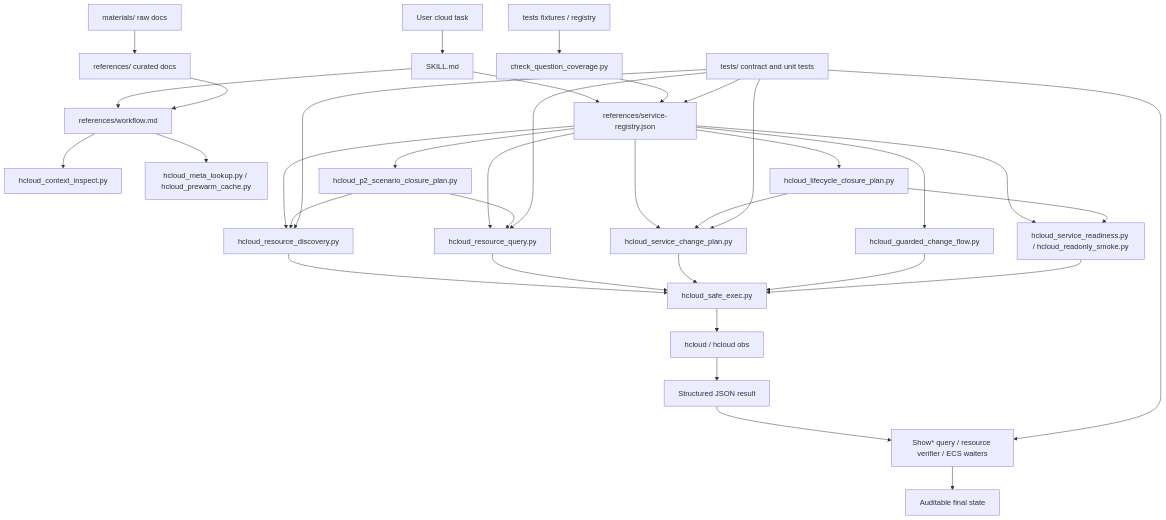
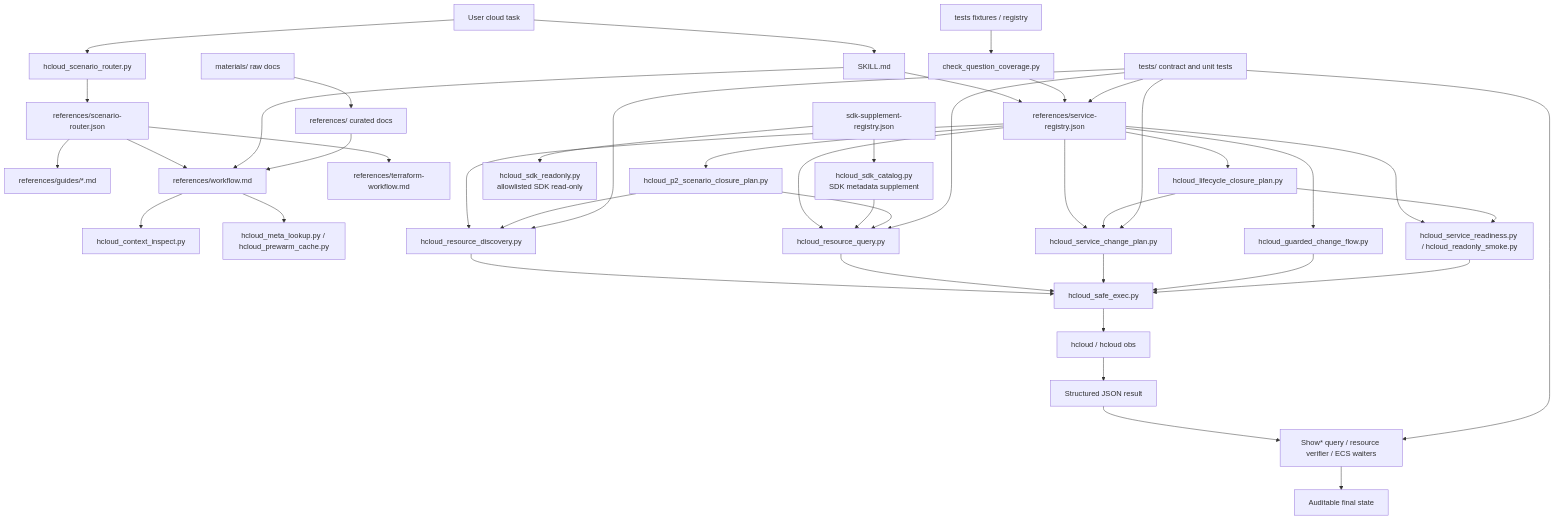
The first of 4 diagrams in docs/architecture.md (pipixia-labs/huaweicloud-skill), drawn with Mermaid before and after one commit. The commit also changed other lines of this file and 30 other files, not shown here.

Commit message:
Add SDK supplements and scenario routing

````diff
--- a/docs/architecture.md
+++ b/docs/architecture.md
@@ -50,37 +53,45 @@
 ```mermaid
 flowchart TD
     UserTask["User cloud task"] --> Skill["SKILL.md"]
+    UserTask --> Router["hcloud_scenario_router.py"]
+    Router --> ScenarioMap["references/scenario-router.json"]
+    ScenarioMap --> Guides["references/guides/*.md"]
+    ScenarioMap --> Workflow
+    ScenarioMap --> TerraformRef["references/terraform-workflow.md"]
     Skill --> Workflow["references/workflow.md"]
     Skill --> Registry["references/service-registry.json"]
     Workflow --> Context["hcloud_context_inspect.py"]
     Workflow --> Meta["hcloud_meta_lookup.py / hcloud_prewarm_cache.py"]
     Registry --> Discovery["hcloud_resource_discovery.py"]
     Registry --> Query["hcloud_resource_query.py"]
+    SDKRegistry["sdk-supplement-registry.json"] --> SDKMeta["hcloud_sdk_catalog.py\nSDK metadata supplement"]
+    SDKRegistry --> SDKRead["hcloud_sdk_readonly.py\nallowlisted SDK read-only"]
+    SDKMeta --> Query
     Registry --> Closure["hcloud_lifecycle_closure_plan.py"]
     Registry --> Scenario["hcloud_p2_scenario_closure_plan.py"]
     Registry --> ChangePlan["hcloud_service_change_plan.py"]
     Registry --> Guarded["hcloud_guarded_change_flow.py"]
     Registry --> Readiness["hcloud_service_readiness.py / hcloud_readonly_smoke.py"]
     Closure --> ChangePlan
     Closure --> Readiness
     Scenario --> Discovery
     Scenario --> Query
     Discovery --> SafeExec["hcloud_safe_exec.py"]
     Query --> SafeExec
     ChangePlan --> SafeExec
     Guarded --> SafeExec
     Readiness --> SafeExec
     SafeExec --> HCloud["hcloud / hcloud obs"]
     HCloud --> Result["Structured JSON result"]
     Result --> Verify["Show* query / resource verifier / ECS waiters"]
     Verify --> Report["Auditable final state"]
     Materials["materials/ raw docs"] --> References["references/ curated docs"]
     References --> Workflow
     TestsInput["tests fixtures / registry"] --> CoverageGate["check_question_coverage.py"]
     CoverageGate --> Registry
     Tests["tests/ contract and unit tests"] --> Registry
     Tests --> Discovery
     Tests --> Query
     Tests --> ChangePlan
     Tests --> Verify
 ```
````
